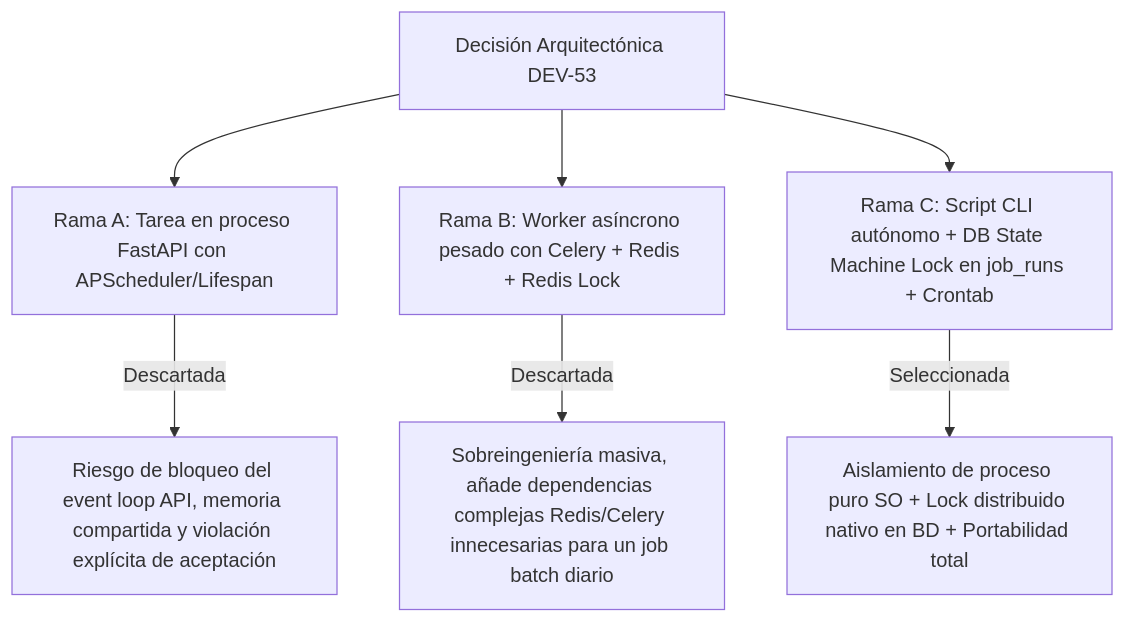
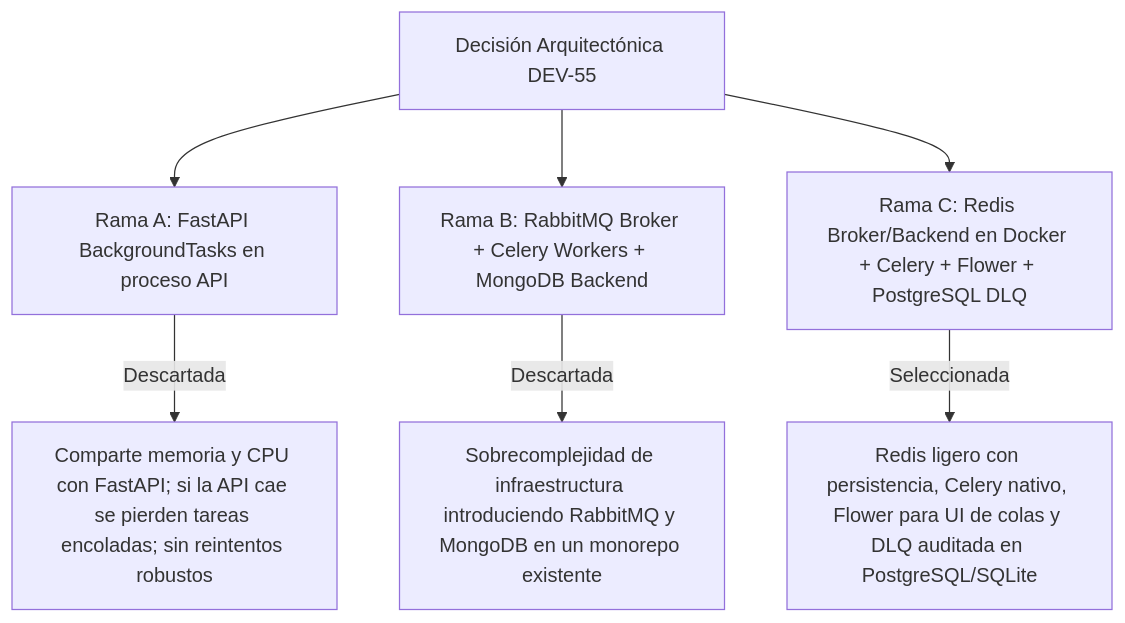
Before and after one commit to 4GeeksAcademy/ai-engineering-company-project-monorepo: the diagram in .github/implementation-plan.md, drawn with Mermaid. The commit also changed other lines of this file and 14 other files, not shown here.

Commit message:
feat(async-tasks): implement message queue with redis, celery workers, and dead letter queue (DEV-55)

````diff
--- a/.github/implementation-plan.md
+++ b/.github/implementation-plan.md
@@ -29,10 +30,10 @@
 ```mermaid
 flowchart TD
-    Root[Decisión Arquitectónica DEV-53] --> A[Rama A: Tarea en proceso FastAPI con APScheduler/Lifespan]
-    Root --> B[Rama B: Worker asíncrono pesado con Celery + Redis + Redis Lock]
-    Root --> C[Rama C: Script CLI autónomo + DB State Machine Lock en job_runs + Crontab]
+    Root[Decisión Arquitectónica DEV-55] --> A[Rama A: FastAPI BackgroundTasks en proceso API]
+    Root --> B[Rama B: RabbitMQ Broker + Celery Workers + MongoDB Backend]
+    Root --> C[Rama C: Redis Broker/Backend en Docker + Celery + Flower + PostgreSQL DLQ]
     
-    A -->|Descartada| A1[Riesgo de bloqueo del event loop API, memoria compartida y violación explícita de aceptación]
-    B -->|Descartada| B1[Sobreingeniería masiva, añade dependencias complejas Redis/Celery innecesarias para un job batch diario]
-    C -->|Seleccionada| C1[Aislamiento de proceso puro SO + Lock distribuido nativo en BD + Portabilidad total]
+    A -->|Descartada| A1[Comparte memoria y CPU con FastAPI; si la API cae se pierden tareas encoladas; sin reintentos robustos]
+    B -->|Descartada| B1[Sobrecomplejidad de infraestructura introduciendo RabbitMQ y MongoDB en un monorepo existente]
+    C -->|Seleccionada| C1[Redis ligero con persistencia, Celery nativo, Flower para UI de colas y DLQ auditada en PostgreSQL/SQLite]
 ```
````
